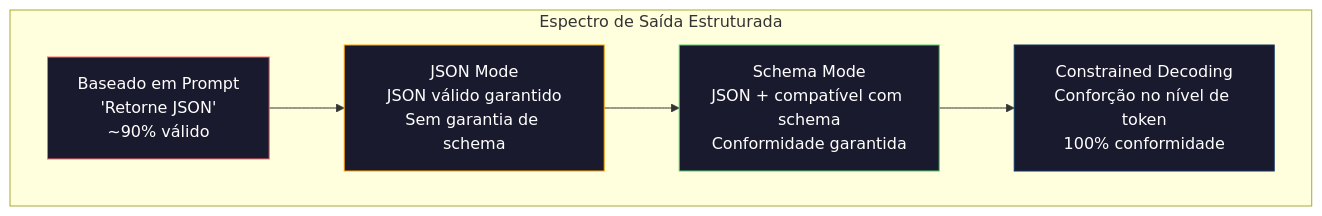
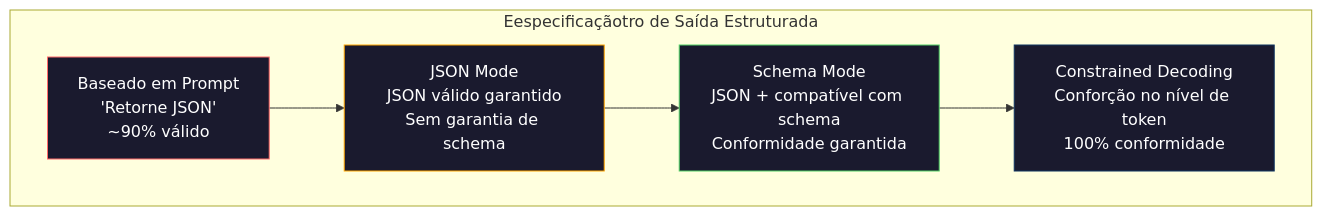
The diagram in phases/11-llm-engineering/03-structured-outputs/docs/pt-br.md (rohitg00/ai-engineering-from-scratch), drawn with Mermaid before and after one commit. The commit also changed other lines of this file and 881 other files, not shown here.

````diff
--- a/phases/11-llm-engineering/03-structured-outputs/docs/pt-br.md
+++ b/phases/11-llm-engineering/03-structured-outputs/docs/pt-br.md
@@ -38,14 +38,14 @@
 ```mermaid
 graph LR
-    subgraph Spectrum["Espectro de Saída Estruturada"]
+    subgraph Spectrum["Eespecificaçãotro de Saída Estruturada"]
         direction LR
         A["Baseado em Prompt\n'Retorne JSON'\n~90% válido"] --> B["JSON Mode\nJSON válido garantido\nSem garantia de schema"]
         B --> C["Schema Mode\nJSON + compatível com schema\nConformidade garantida"]
         C --> D["Constrained Decoding\nConforção no nível de token\n100% conformidade"]
     end
 
     style A fill:#1a1a2e,stroke:#ff6b6b,color:#fff
     style B fill:#1a1a2e,stroke:#ffa500,color:#fff
     style C fill:#1a1a2e,stroke:#51cf66,color:#fff
     style D fill:#1a1a2e,stroke:#0f3460,color:#fff
 ```
````
